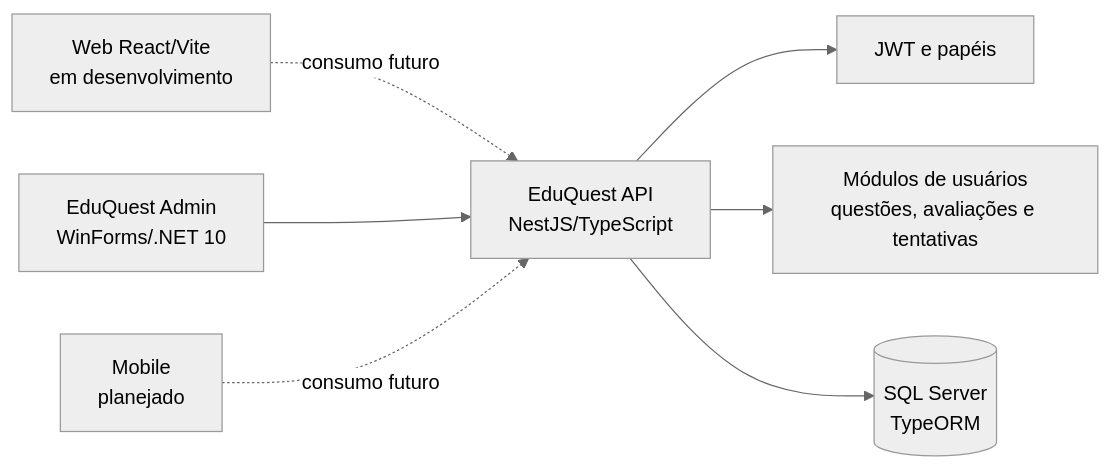
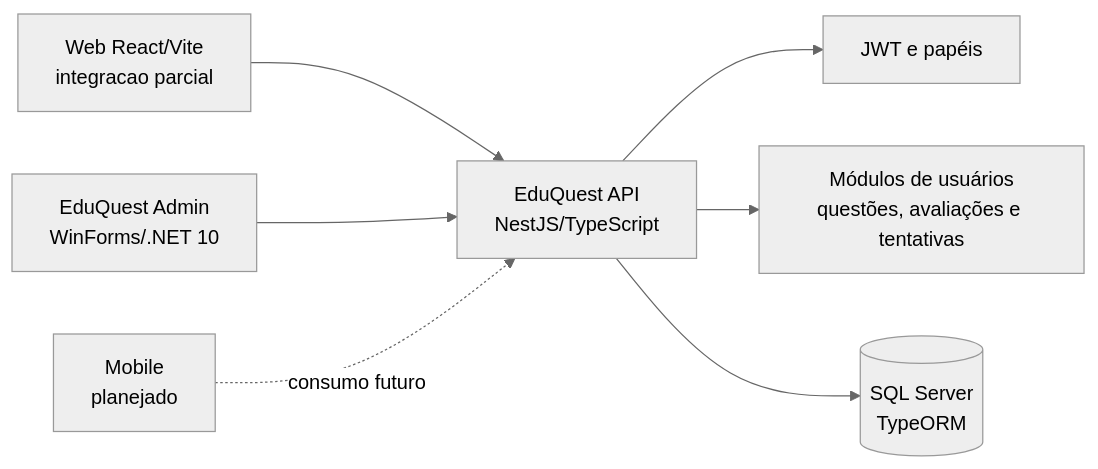
One commit to p-v-dev/PIM-IV changed the diagram in README.md. Above: the diagram before and after it, drawn with Mermaid (neutral theme). The commit also changed other lines of this file and 52 other files, not shown here.

First line of the commit message:
feat: integra fluxos web de aluno e professor com a API

````diff
--- a/README.md
+++ b/README.md
@@ -47,9 +50,9 @@
 ```mermaid
 flowchart LR
-    Web[Web React/Vite<br/>em desenvolvimento] -. consumo futuro .-> API[EduQuest API<br/>NestJS/TypeScript]
+    Web[Web React/Vite<br/>integracao parcial] --> API[EduQuest API<br/>NestJS/TypeScript]
     Desktop[EduQuest Admin<br/>WinForms/.NET 10] --> API
     Mobile[Mobile<br/>planejado] -. consumo futuro .-> API
     API --> Auth[JWT e papéis]
     API --> Domain[Módulos de usuários<br/>questões, avaliações e tentativas]
     API --> DB[(SQL Server<br/>TypeORM)]
 ```
````
